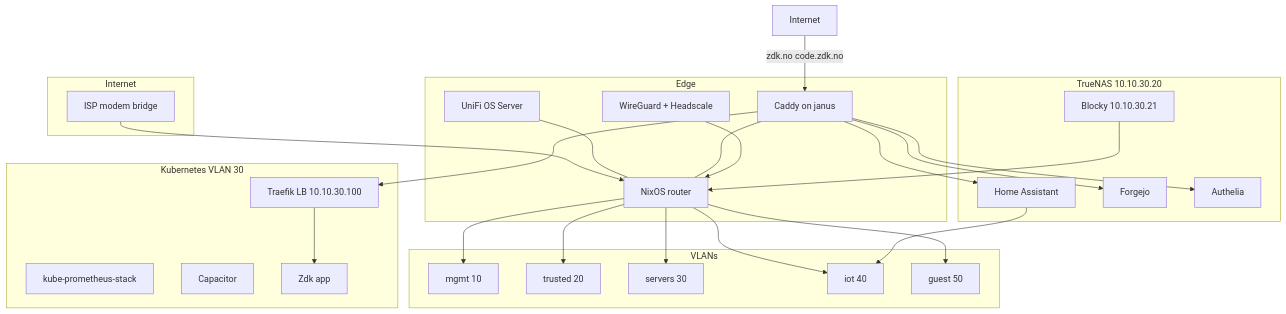
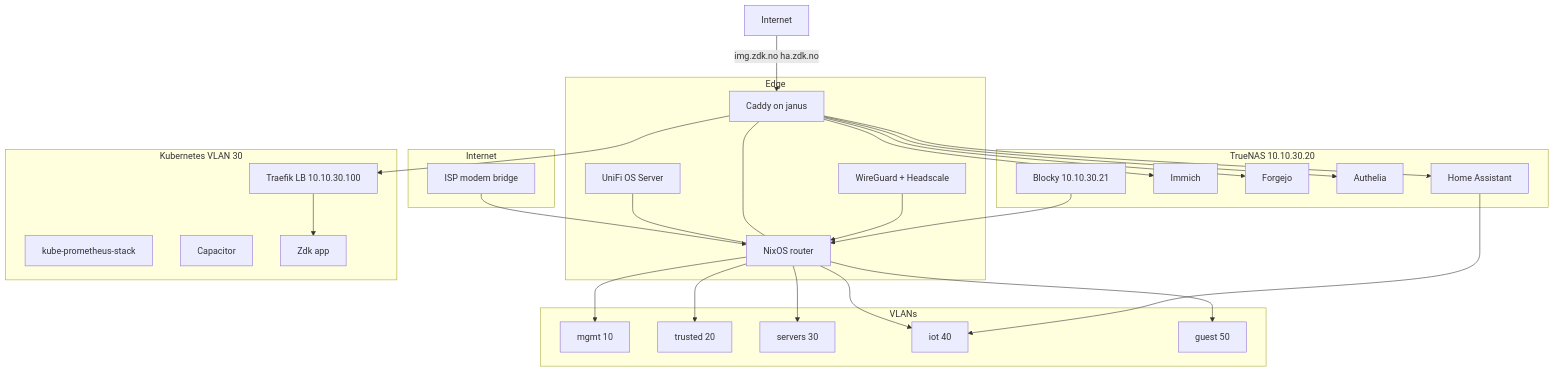
Before and after one commit to sknutsen/network: the first of 4 diagrams in docs/architecture.md, drawn with Mermaid. The commit also changed other lines of this file and 21 other files, not shown here.

````diff
--- a/docs/architecture.md
+++ b/docs/architecture.md
@@ -7,49 +7,51 @@
 ```mermaid
 flowchart TB
   subgraph internet [Internet]
     ISP[ISP modem bridge]
   end
 
   subgraph edge [Edge]
     Router[NixOS router]
     UniFi[UniFi OS Server]
     WG[WireGuard + Headscale]
     Caddy[Caddy on janus]
   end
 
   subgraph vlans [VLANs]
     MGMT[mgmt 10]
     TRUSTED[trusted 20]
     SERVERS[servers 30]
     IOT[iot 40]
     GUEST[guest 50]
   end
 
   subgraph truenas [TrueNAS 10.10.30.20]
     HA[Home Assistant]
+    Immich[Immich]
     Forgejo[Forgejo]
     Authelia[Authelia]
     Blocky[Blocky 10.10.30.21]
   end
 
   subgraph k8s [Kubernetes VLAN 30]
     Traefik[Traefik LB 10.10.30.100]
     Obs[kube-prometheus-stack]
     Cap[Capacitor]
     Zdk[Zdk app]
   end
 
   ISP --> Router
   UniFi --- Router
   Caddy --- Router
   Router --> MGMT & TRUSTED & SERVERS & IOT & GUEST
   WG --> Router
   Caddy --> Traefik
   Caddy --> Forgejo
   Caddy --> Authelia
   Caddy --> HA
+  Caddy --> Immich
   Blocky --> Router
   Traefik --> Zdk
   HA --> IOT
-  InternetUsers[Internet] -->|zdk.no code.zdk.no| Caddy
+  InternetUsers[Internet] -->|img.zdk.no ha.zdk.no| Caddy
 ```
````
